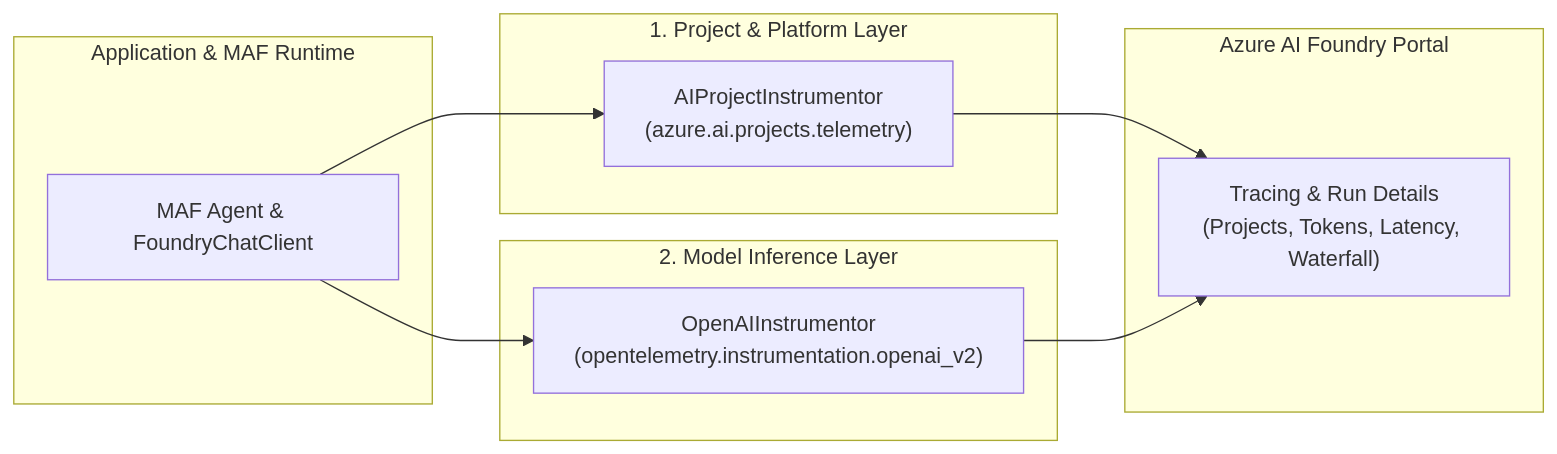
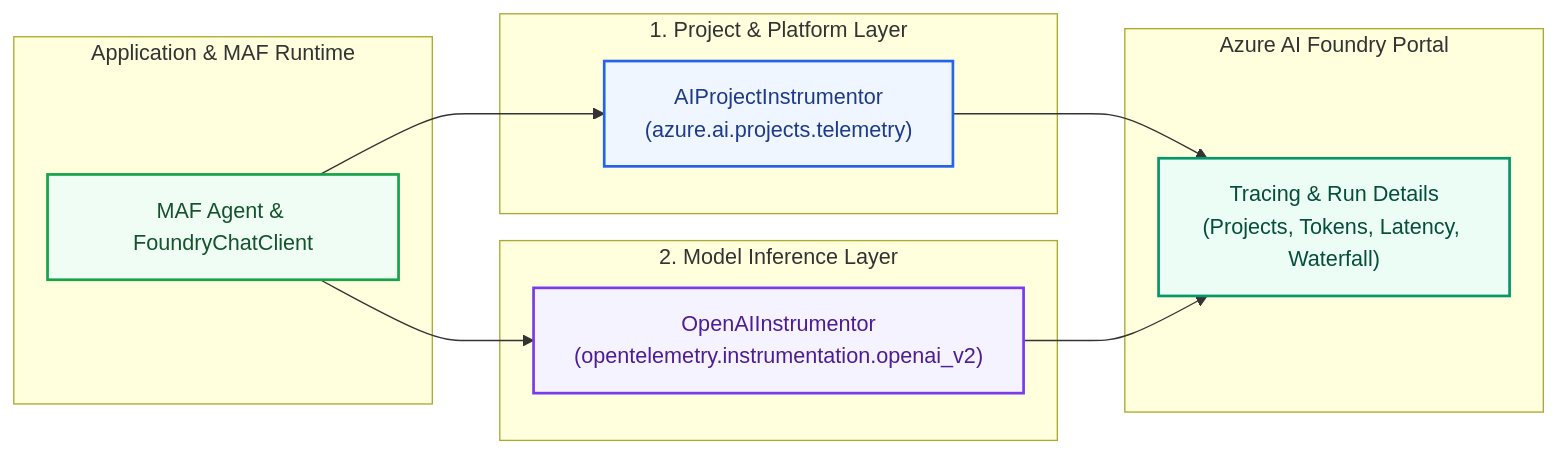
Before and after one commit to crman/fin-extractor-agent: the fourth of 5 diagrams in docs/ARCHITECTURE.md, drawn with Mermaid. The commit also changed other lines of this file and 15 other files, not shown here.

````diff
--- a/docs/ARCHITECTURE.md
+++ b/docs/ARCHITECTURE.md
@@ -310,23 +357,34 @@
 ```mermaid
 flowchart LR
     subgraph App["Application & MAF Runtime"]
         MAF["MAF Agent & FoundryChatClient"]
     end
 
     subgraph Layer1["1. Project & Platform Layer"]
         AIProj["AIProjectInstrumentor<br/>(azure.ai.projects.telemetry)"]
     end
 
     subgraph Layer2["2. Model Inference Layer"]
         OAI["OpenAIInstrumentor<br/>(opentelemetry.instrumentation.openai_v2)"]
     end
 
     subgraph Portal["Azure AI Foundry Portal"]
         TracingUI["Tracing & Run Details<br/>(Projects, Tokens, Latency, Waterfall)"]
     end
 
     MAF --> AIProj
     MAF --> OAI
     AIProj --> TracingUI
     OAI --> TracingUI
+
+    classDef default fill:#f8fafc,stroke:#64748b,stroke-width:1.5px,color:#0f172a;
+    classDef accent fill:#eff6ff,stroke:#2563eb,stroke-width:2px,color:#1e3a8a;
+    classDef agent fill:#f0fdf4,stroke:#16a34a,stroke-width:2px,color:#14532d;
+    classDef cloud fill:#f5f3ff,stroke:#7c3aed,stroke-width:2px,color:#4c1d95;
+    classDef result fill:#ecfdf5,stroke:#059669,stroke-width:2px,color:#064e3b;
+
+    class MAF agent;
+    class AIProj accent;
+    class OAI cloud;
+    class TracingUI result;
 ```
````
